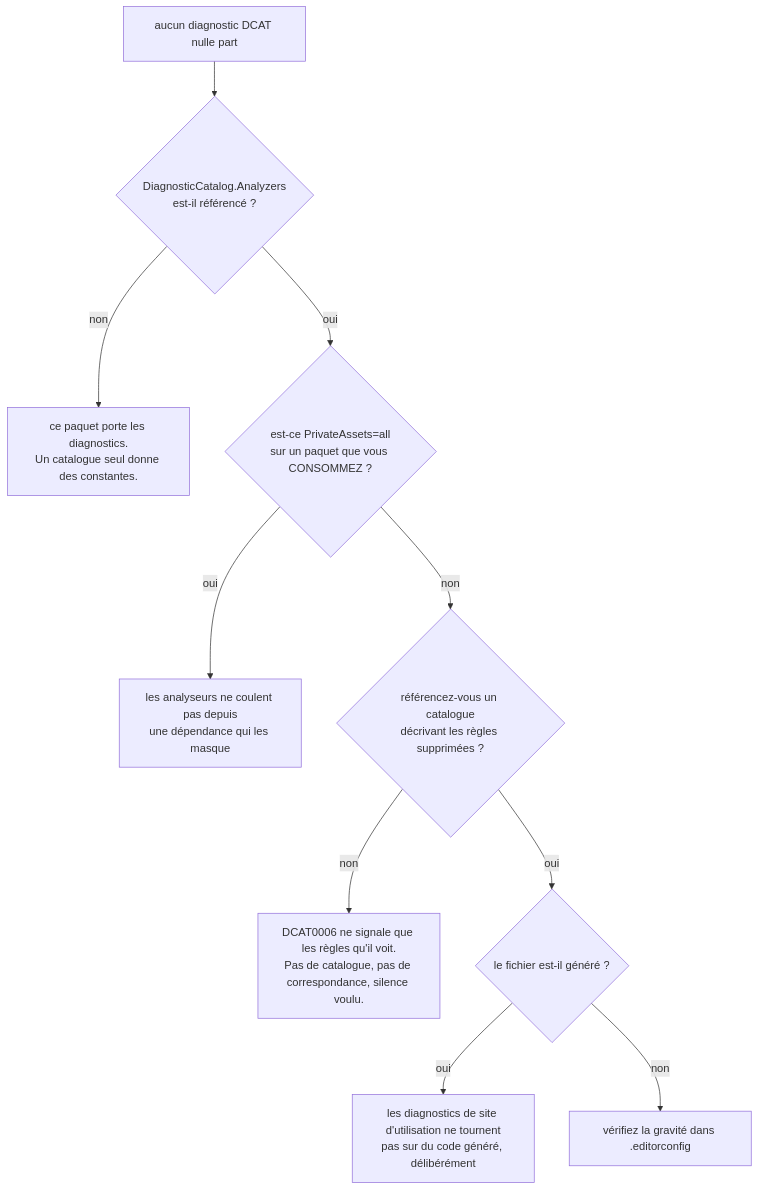
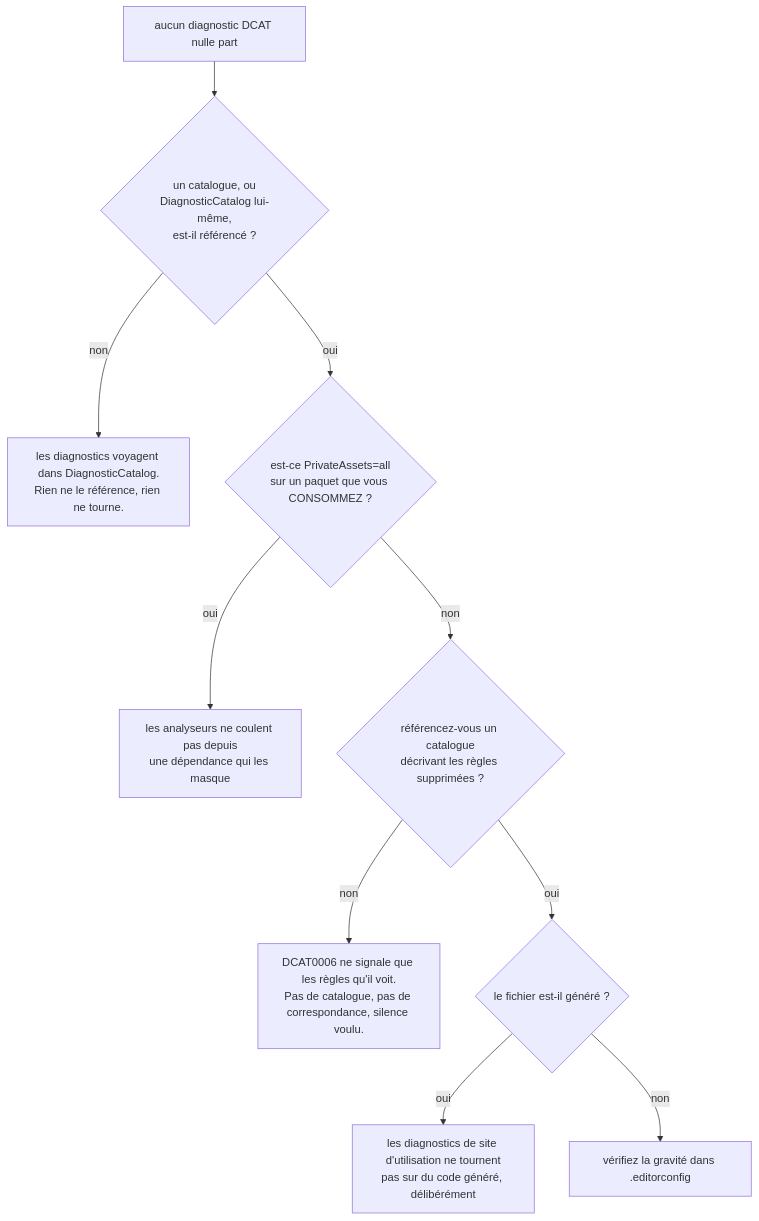
The diagram in doc/guide/troubleshooting.fr.md (Reefact/diagnostic-catalog), drawn with Mermaid before and after one commit. The commit also changed other lines of this file and 64 other files, not shown here.

````diff
--- a/doc/guide/troubleshooting.fr.md
+++ b/doc/guide/troubleshooting.fr.md
@@ -13,13 +13,13 @@
 ```mermaid
 flowchart TB
     S["aucun diagnostic DCAT nulle part"]
-    S --> Q1{"DiagnosticCatalog.Analyzers<br/>est-il référencé ?"}
-    Q1 -- "non" --> A1["ce paquet porte les diagnostics.<br/>Un catalogue seul donne des constantes."]
+    S --> Q1{"un catalogue, ou<br/>DiagnosticCatalog lui-même,<br/>est-il référencé ?"}
+    Q1 -- "non" --> A1["les diagnostics voyagent dans DiagnosticCatalog.<br/>Rien ne le référence, rien ne tourne."]
     Q1 -- "oui" --> Q2{"est-ce PrivateAssets=all<br/>sur un paquet que vous CONSOMMEZ ?"}
     Q2 -- "oui" --> A2["les analyseurs ne coulent pas depuis<br/>une dépendance qui les masque"]
     Q2 -- "non" --> Q3{"référencez-vous un catalogue<br/>décrivant les règles supprimées ?"}
     Q3 -- "non" --> A3["DCAT0006 ne signale que les règles qu'il voit.<br/>Pas de catalogue, pas de correspondance, silence voulu."]
     Q3 -- "oui" --> Q4{"le fichier est-il généré ?"}
     Q4 -- "oui" --> A4["les diagnostics de site d'utilisation ne tournent<br/>pas sur du code généré, délibérément"]
     Q4 -- "non" --> A5["vérifiez la gravité dans .editorconfig"]
 ```
````
